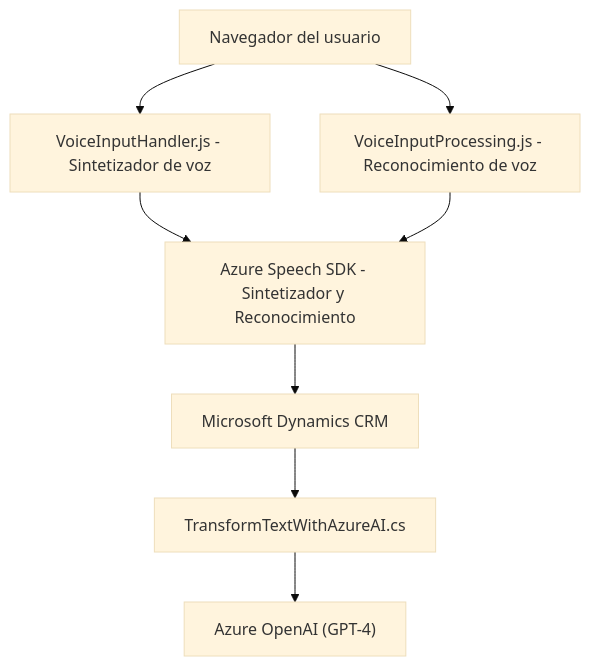
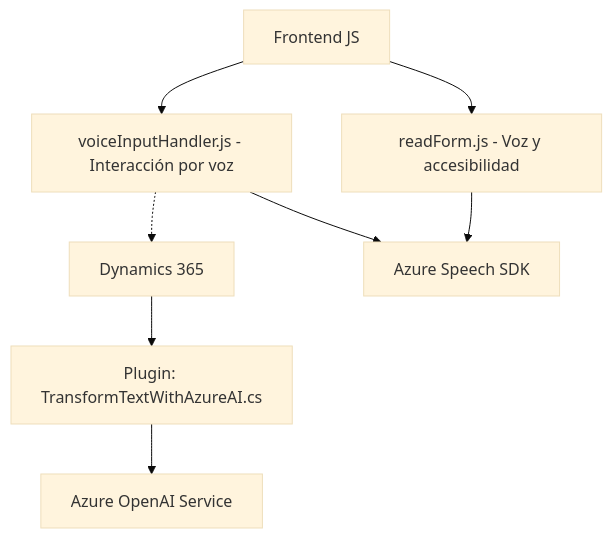
The diagram in README.md (blopezdm/NETCORE_BILBAO2025), drawn with Mermaid (base theme) before and after one commit. The commit also changed other lines of this file, not shown here.

````diff
--- a/README.md
+++ b/README.md
@@ -36,18 +30,18 @@
 ```mermaid
 graph TD
-    DynamicsCRM["Microsoft Dynamics CRM"]
-    VoiceInputHandler["VoiceInputHandler.js - Sintetizador de voz"]
-    VoiceInputProcessing["VoiceInputProcessing.js - Reconocimiento de voz"]
-    AzureSpeechSDK["Azure Speech SDK - Sintetizador y Reconocimiento"]
-    TransformPlugin["TransformTextWithAzureAI.cs"]
-    AzureOpenAI["Azure OpenAI (GPT-4)"]
-    UserBrowser["Navegador del usuario"]
+    A["Frontend JS"]
+    B["readForm.js - Voz y accesibilidad"]
+    C["voiceInputHandler.js - Interacción por voz"]
+    D["Dynamics 365"]
+    E["Plugin: TransformTextWithAzureAI.cs"]
+    F["Azure Speech SDK"]
+    G["Azure OpenAI Service"]
 
-    DynamicsCRM --> TransformPlugin
-    TransformPlugin --> AzureOpenAI
-    UserBrowser --> VoiceInputHandler
-    UserBrowser --> VoiceInputProcessing
-    VoiceInputHandler --> AzureSpeechSDK
-    VoiceInputProcessing --> AzureSpeechSDK
-    AzureSpeechSDK --> DynamicsCRM
+    A --> B
+    A --> C
+    C --> F
+    B --> F
+    C -.-> D
+    D --> E
+    E --> G
 ```
````
